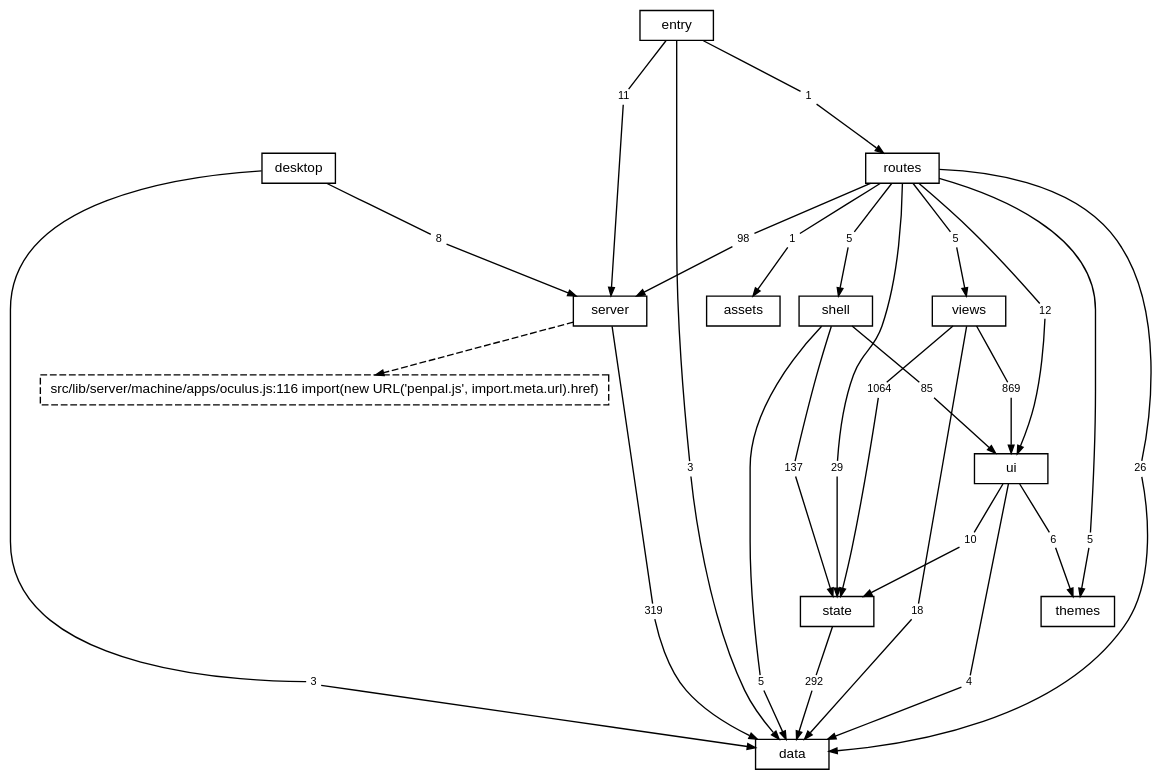
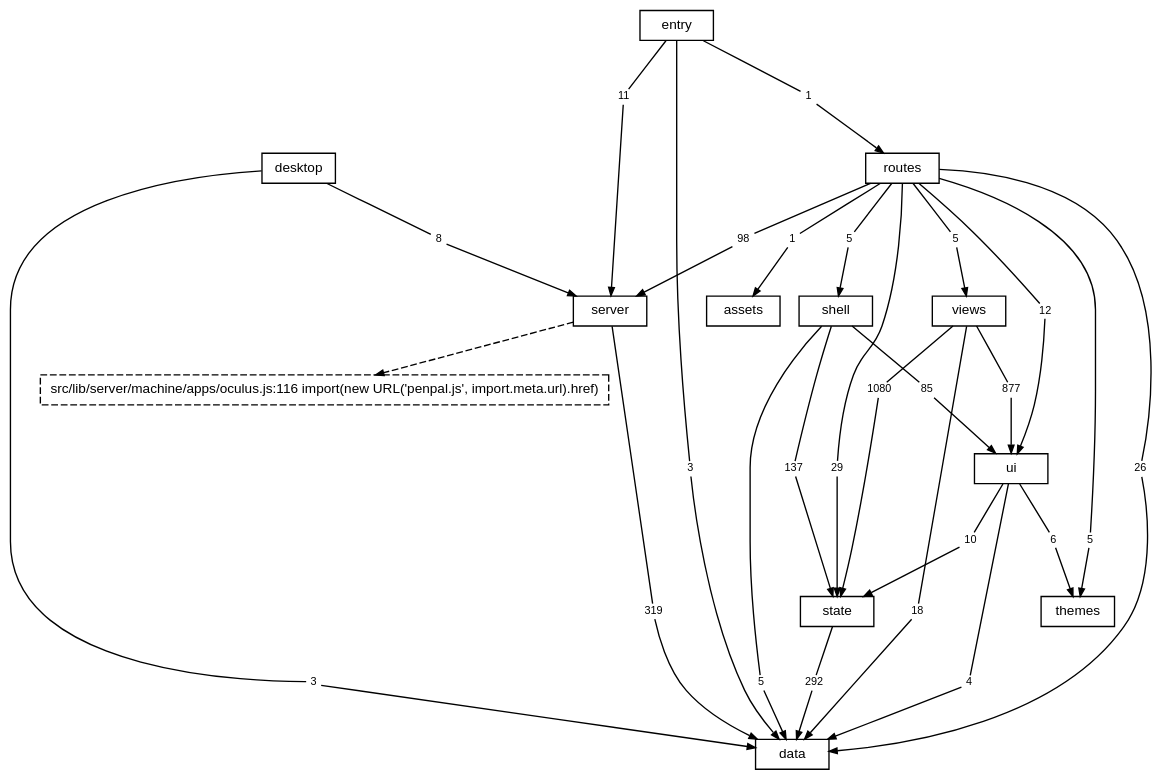
The diagram in docs/diagrams/layers.dot (TheAxeC/oculus), drawn with Graphviz before and after one commit. The commit also changed 58 other files, not shown here.

```diff
--- a/docs/diagrams/layers.dot
+++ b/docs/diagrams/layers.dot
@@ -1,90 +1,90 @@
 digraph layers {
     graph [bgcolor="transparent", rankdir=TB, newrank=true, fontname="Helvetica,Arial,sans-serif", fontsize=12, nodesep=0.2, ranksep=0.5];
     node [shape=box, color="black", fontcolor="black", fontname="Helvetica,Arial,sans-serif", fontsize=10, height=0.3, margin="0.12,0.04"];
     edge [color="black", fontcolor="black", fontname="Helvetica,Arial,sans-serif", fontsize=8, arrowsize=0.6];
     "data";
     "server";
     "state";
     "ui";
     "shell";
     "views";
     "themes";
     "routes";
     "desktop";
     "src" [label="entry"];
     "files: assets" [label="assets"];
     "? src/lib/server/machine/apps/oculus.js:116" [label="src/lib/server/machine/apps/oculus.js:116 import(new URL('penpal.js', import.meta.url).href)", style=dashed];
     "desktop to data" [label="3", shape=box, color="transparent", fontsize=8, width=0, height=0, margin="0.04,0.02"];
     "desktop" -> "desktop to data" [arrowhead=none];
     "desktop to data" -> "data" [];
     "desktop to server" [label="8", shape=box, color="transparent", fontsize=8, width=0, height=0, margin="0.04,0.02"];
     "desktop" -> "desktop to server" [arrowhead=none];
     "desktop to server" -> "server" [];
     "routes to data" [label="26", shape=box, color="transparent", fontsize=8, width=0, height=0, margin="0.04,0.02"];
     "routes" -> "routes to data" [arrowhead=none];
     "routes to data" -> "data" [];
     "routes to files: assets" [label="1", shape=box, color="transparent", fontsize=8, width=0, height=0, margin="0.04,0.02"];
     "routes" -> "routes to files: assets" [arrowhead=none];
     "routes to files: assets" -> "files: assets" [];
     "routes to server" [label="98", shape=box, color="transparent", fontsize=8, width=0, height=0, margin="0.04,0.02"];
     "routes" -> "routes to server" [arrowhead=none];
     "routes to server" -> "server" [];
     "routes to shell" [label="5", shape=box, color="transparent", fontsize=8, width=0, height=0, margin="0.04,0.02"];
     "routes" -> "routes to shell" [arrowhead=none];
     "routes to shell" -> "shell" [];
     "routes to state" [label="29", shape=box, color="transparent", fontsize=8, width=0, height=0, margin="0.04,0.02"];
     "routes" -> "routes to state" [arrowhead=none];
     "routes to state" -> "state" [];
     "routes to themes" [label="5", shape=box, color="transparent", fontsize=8, width=0, height=0, margin="0.04,0.02"];
     "routes" -> "routes to themes" [arrowhead=none];
     "routes to themes" -> "themes" [];
     "routes to ui" [label="12", shape=box, color="transparent", fontsize=8, width=0, height=0, margin="0.04,0.02"];
     "routes" -> "routes to ui" [arrowhead=none];
     "routes to ui" -> "ui" [];
     "routes to views" [label="5", shape=box, color="transparent", fontsize=8, width=0, height=0, margin="0.04,0.02"];
     "routes" -> "routes to views" [arrowhead=none];
     "routes to views" -> "views" [];
     "server to data" [label="319", shape=box, color="transparent", fontsize=8, width=0, height=0, margin="0.04,0.02"];
     "server" -> "server to data" [arrowhead=none];
     "server to data" -> "data" [];
     "shell to data" [label="5", shape=box, color="transparent", fontsize=8, width=0, height=0, margin="0.04,0.02"];
     "shell" -> "shell to data" [arrowhead=none];
     "shell to data" -> "data" [];
     "shell to state" [label="137", shape=box, color="transparent", fontsize=8, width=0, height=0, margin="0.04,0.02"];
     "shell" -> "shell to state" [arrowhead=none];
     "shell to state" -> "state" [];
     "shell to ui" [label="85", shape=box, color="transparent", fontsize=8, width=0, height=0, margin="0.04,0.02"];
     "shell" -> "shell to ui" [arrowhead=none];
     "shell to ui" -> "ui" [];
     "src to data" [label="3", shape=box, color="transparent", fontsize=8, width=0, height=0, margin="0.04,0.02"];
     "src" -> "src to data" [arrowhead=none];
     "src to data" -> "data" [];
     "src to routes" [label="1", shape=box, color="transparent", fontsize=8, width=0, height=0, margin="0.04,0.02"];
     "src" -> "src to routes" [arrowhead=none];
     "src to routes" -> "routes" [];
     "src to server" [label="11", shape=box, color="transparent", fontsize=8, width=0, height=0, margin="0.04,0.02"];
     "src" -> "src to server" [arrowhead=none];
     "src to server" -> "server" [];
     "state to data" [label="292", shape=box, color="transparent", fontsize=8, width=0, height=0, margin="0.04,0.02"];
     "state" -> "state to data" [arrowhead=none];
     "state to data" -> "data" [];
     "ui to data" [label="4", shape=box, color="transparent", fontsize=8, width=0, height=0, margin="0.04,0.02"];
     "ui" -> "ui to data" [arrowhead=none];
     "ui to data" -> "data" [];
     "ui to state" [label="10", shape=box, color="transparent", fontsize=8, width=0, height=0, margin="0.04,0.02"];
     "ui" -> "ui to state" [arrowhead=none];
     "ui to state" -> "state" [];
     "ui to themes" [label="6", shape=box, color="transparent", fontsize=8, width=0, height=0, margin="0.04,0.02"];
     "ui" -> "ui to themes" [arrowhead=none];
     "ui to themes" -> "themes" [];
     "views to data" [label="18", shape=box, color="transparent", fontsize=8, width=0, height=0, margin="0.04,0.02"];
     "views" -> "views to data" [arrowhead=none];
     "views to data" -> "data" [];
-    "views to state" [label="1064", shape=box, color="transparent", fontsize=8, width=0, height=0, margin="0.04,0.02"];
+    "views to state" [label="1080", shape=box, color="transparent", fontsize=8, width=0, height=0, margin="0.04,0.02"];
     "views" -> "views to state" [arrowhead=none];
     "views to state" -> "state" [];
-    "views to ui" [label="869", shape=box, color="transparent", fontsize=8, width=0, height=0, margin="0.04,0.02"];
+    "views to ui" [label="877", shape=box, color="transparent", fontsize=8, width=0, height=0, margin="0.04,0.02"];
     "views" -> "views to ui" [arrowhead=none];
     "views to ui" -> "ui" [];
     "server" -> "? src/lib/server/machine/apps/oculus.js:116" [style=dashed];
 }
```
